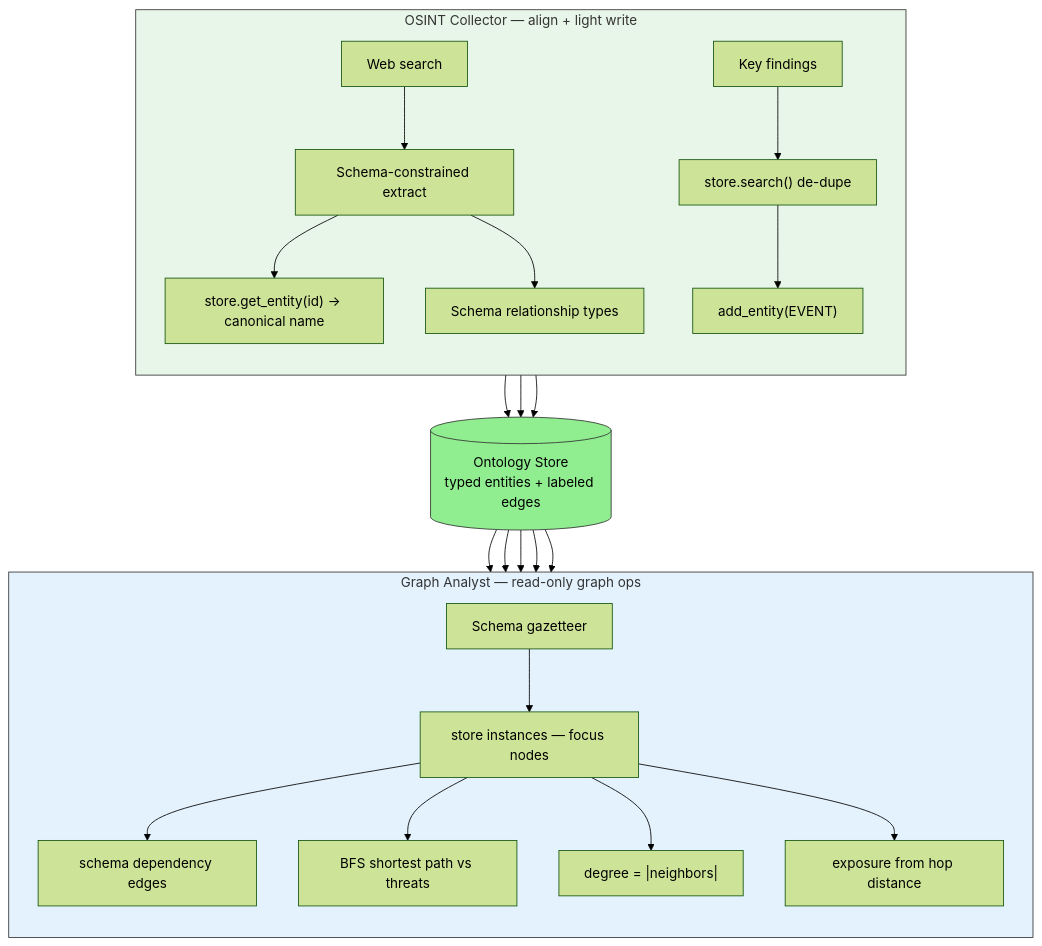
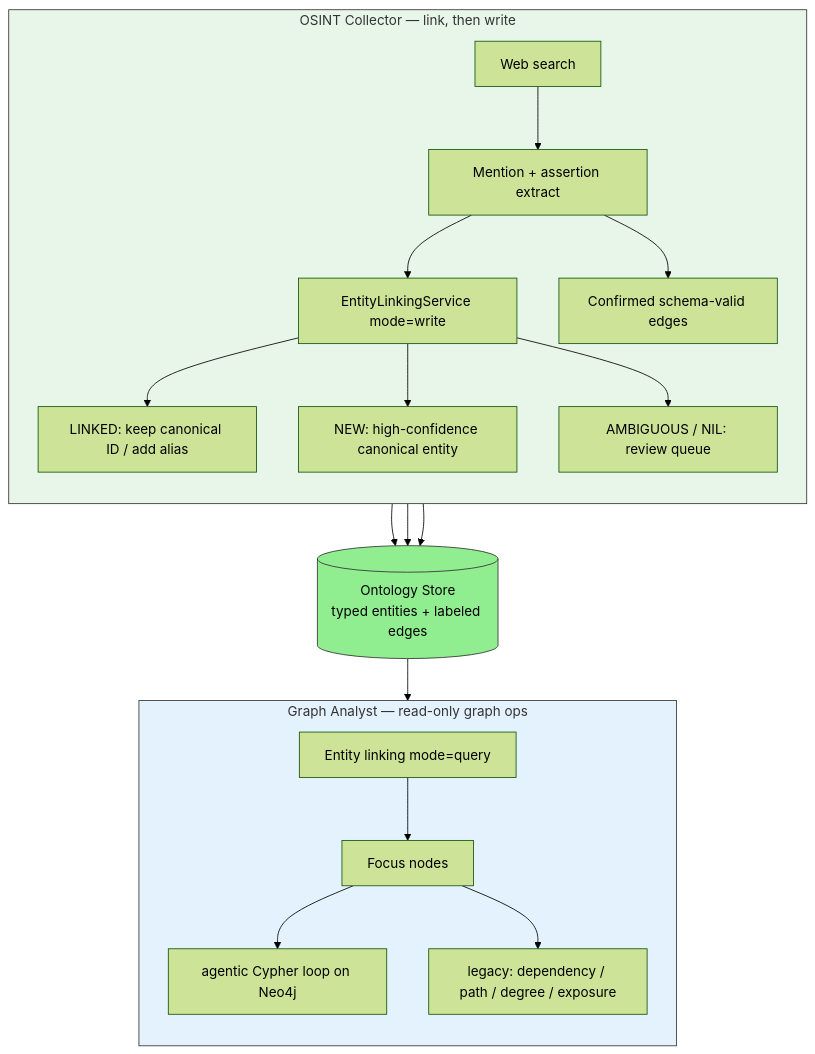
One commit to fanqingsong/palantir-ontology-agents changed the third of 14 diagrams in README.md. Above: the diagram before and after it, drawn with Mermaid (forest theme). The commit also changed other lines of this file, not shown here.

Commit message:
Align README with entity linking and agentic graph search.

````diff
--- a/README.md
+++ b/README.md
@@ -97,34 +100,29 @@
 ```mermaid
 flowchart TB
-  subgraph OSINT["OSINT Collector — align + light write"]
+  subgraph OSINT["OSINT Collector — link, then write"]
     direction TB
-    W[Web search] --> X[Schema-constrained extract]
-    X --> A["store.get_entity(id) → canonical name"]
-    X --> R[Schema relationship types]
-    F[Key findings] --> D["store.search() de-dupe"]
-    D --> E["add_entity(EVENT)"]
+    W[Web search] --> X[Mention + assertion extract]
+    X --> L["EntityLinkingService mode=write"]
+    L --> A[LINKED: keep canonical ID / add alias]
+    L --> N[NEW: high-confidence canonical entity]
+    L --> Q[AMBIGUOUS / NIL: review queue]
+    X --> R[Confirmed schema-valid edges]
   end
 
   subgraph GA["Graph Analyst — read-only graph ops"]
     direction TB
-    K[Schema gazetteer] --> FO["store instances — focus nodes"]
-    FO --> C["schema dependency edges"]
-    FO --> P["BFS shortest path vs threats"]
-    FO --> H["degree = |neighbors|"]
-    FO --> S["exposure from hop distance"]
+    K[Entity linking mode=query] --> FO[Focus nodes]
+    FO --> AG["agentic Cypher loop on Neo4j"]
+    FO --> C["legacy: dependency / path / degree / exposure"]
   end
 
   ONT[(Ontology Store<br/>typed entities + labeled edges)]
   A --> ONT
-  E --> ONT
+  N --> ONT
   R --> ONT
   ONT --> FO
-  ONT --> C
-  ONT --> P
-  ONT --> H
-  ONT --> S
 
   style OSINT fill:#e8f5e9,stroke:#333
   style GA fill:#e3f2fd,stroke:#333
   style ONT fill:#90EE90,stroke:#333
 ```
````
